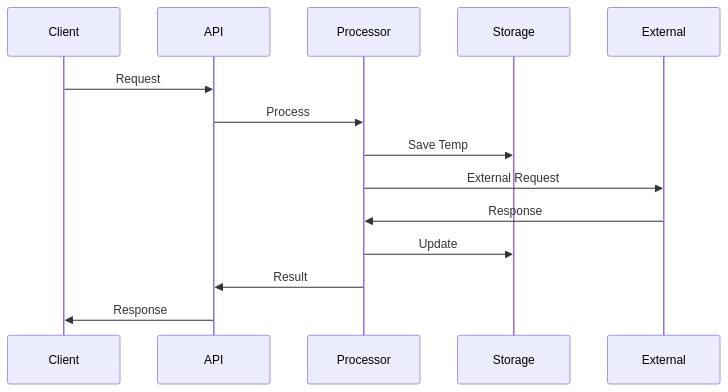
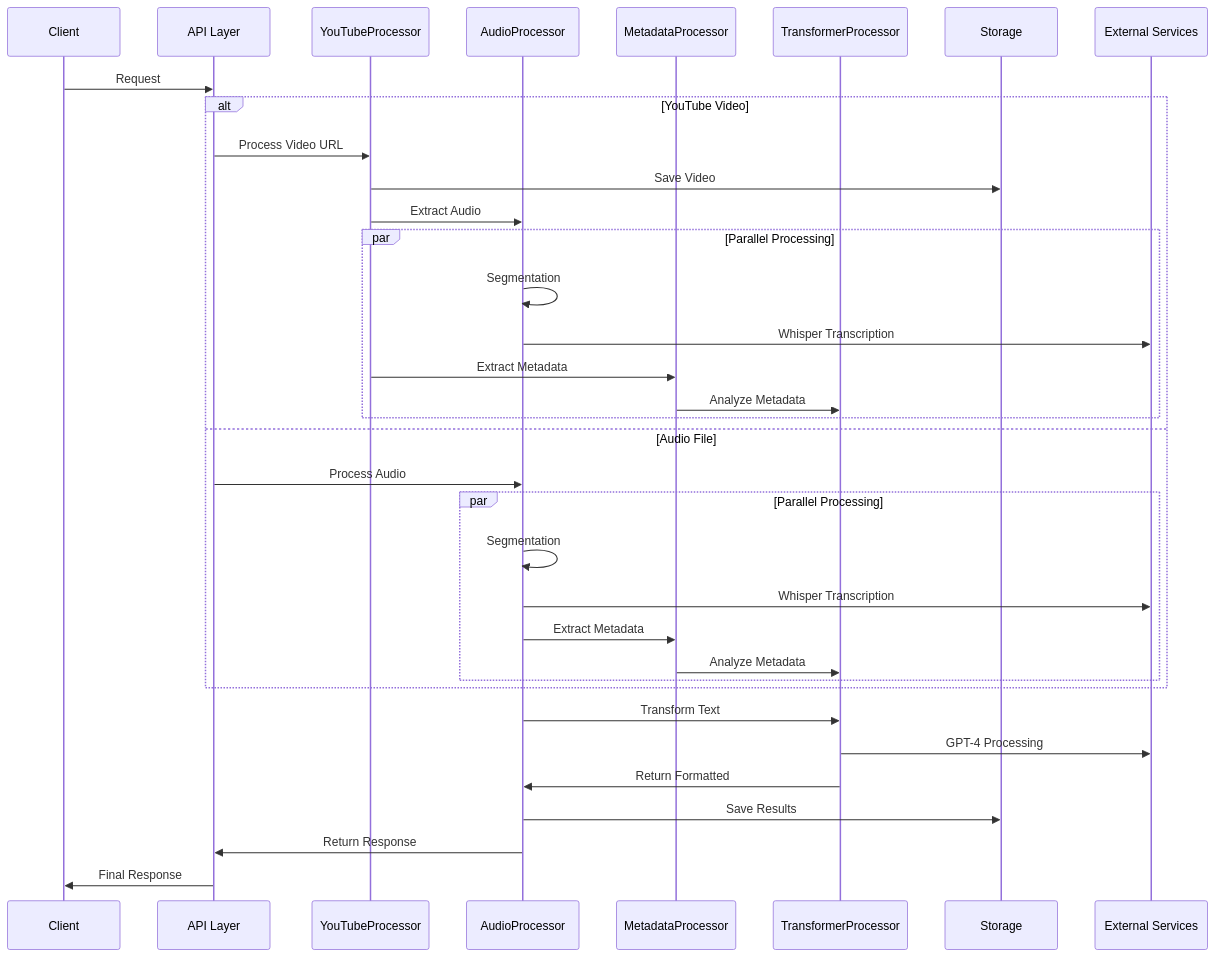
Before and after one commit to bCommonsLAB/CommonSecretaryServices: the fifth of 6 diagrams in docs/01_architecture.md, drawn with Mermaid. The commit also changed other lines of this file and 25 other files, not shown here.

First line of the commit message:
Refactor API Responses and Metadata Processing with Enhanced Tracking

````diff
--- a/docs/01_architecture.md
+++ b/docs/01_architecture.md
@@ -150,17 +257,40 @@
 ```mermaid
 sequenceDiagram
     participant C as Client
-    participant A as API
-    participant P as Processor
-    participant S as Storage
-    participant E as External
+    participant API as API Layer
+    participant YT as YouTubeProcessor
+    participant Audio as AudioProcessor
+    participant Meta as MetadataProcessor
+    participant Trans as TransformerProcessor
+    participant Store as Storage
+    participant Ext as External Services
 
-    C->>A: Request
-    A->>P: Process
-    P->>S: Save Temp
-    P->>E: External Request
-    E->>P: Response
-    P->>S: Update
-    P->>A: Result
-    A->>C: Response
+    C->>API: Request
+    
+    alt YouTube Video
+        API->>YT: Process Video URL
+        YT->>Store: Save Video
+        YT->>Audio: Extract Audio
+        par Parallel Processing
+            Audio->>Audio: Segmentation
+            Audio->>Ext: Whisper Transcription
+            YT->>Meta: Extract Metadata
+            Meta->>Trans: Analyze Metadata
+        end
+    else Audio File
+        API->>Audio: Process Audio
+        par Parallel Processing
+            Audio->>Audio: Segmentation
+            Audio->>Ext: Whisper Transcription
+            Audio->>Meta: Extract Metadata
+            Meta->>Trans: Analyze Metadata
+        end
+    end
+    
+    Audio->>Trans: Transform Text
+    Trans->>Ext: GPT-4 Processing
+    Trans->>Audio: Return Formatted
+    Audio->>Store: Save Results
+    Audio->>API: Return Response
+    API->>C: Final Response
 ```
````
